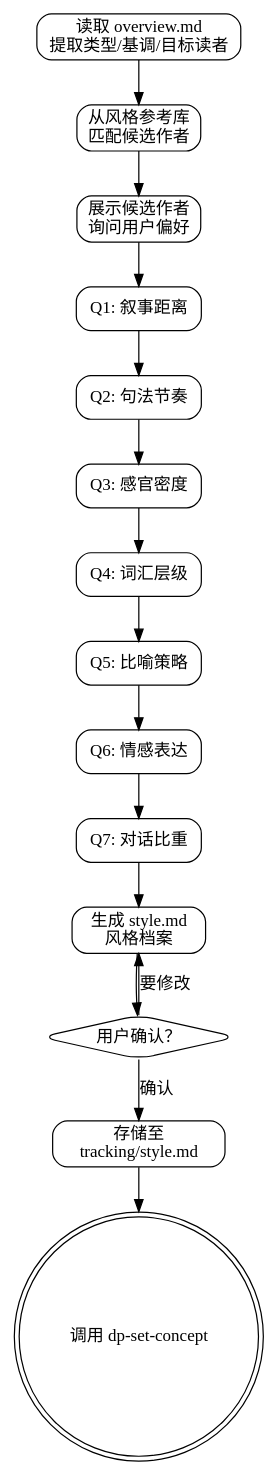
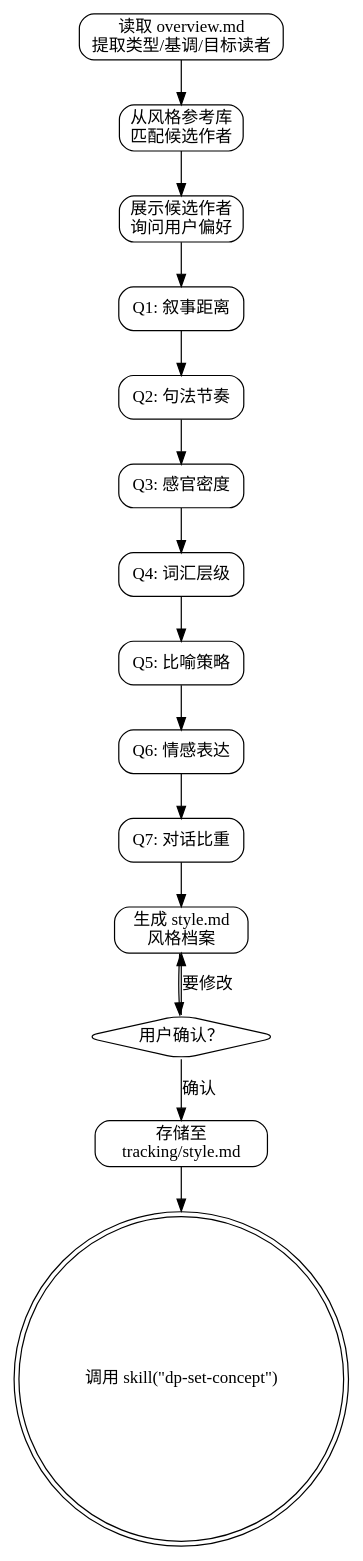
One commit to skyfiredao/dreampowers changed the diagram in skills/dp-set-style/SKILL.md. Above: the diagram before and after it, drawn with Graphviz. The commit also changed other lines of this file and 10 other files, not shown here.

````diff
--- a/skills/dp-set-style/SKILL.md
+++ b/skills/dp-set-style/SKILL.md
@@ -334,36 +347,36 @@
 ```dot
 digraph set_style {
     rankdir=TB;
     node [shape=box, style=rounded];
 
     read [label="读取 overview.md\n提取类型/基调/目标读者"];
     match [label="从风格参考库\n匹配候选作者"];
     show [label="展示候选作者\n询问用户偏好"];
     q1 [label="Q1: 叙事距离"];
     q2 [label="Q2: 句法节奏"];
     q3 [label="Q3: 感官密度"];
     q4 [label="Q4: 词汇层级"];
     q5 [label="Q5: 比喻策略"];
     q6 [label="Q6: 情感表达"];
     q7 [label="Q7: 对话比重"];
     gen [label="生成 style.md\n风格档案"];
     confirm [label="用户确认？" shape=diamond];
     save [label="存储至\ntracking/style.md"];
-    transition [label="调用 dp-set-concept" shape=doublecircle];
+    transition [label="调用 skill(\"dp-set-concept\")" shape=doublecircle];
 
     read -> match;
     match -> show;
     show -> q1;
     q1 -> q2;
     q2 -> q3;
     q3 -> q4;
     q4 -> q5;
     q5 -> q6;
     q6 -> q7;
     q7 -> gen;
     gen -> confirm;
     confirm -> gen [label="要修改"];
     confirm -> save [label="确认"];
     save -> transition;
 }
 ```
````
